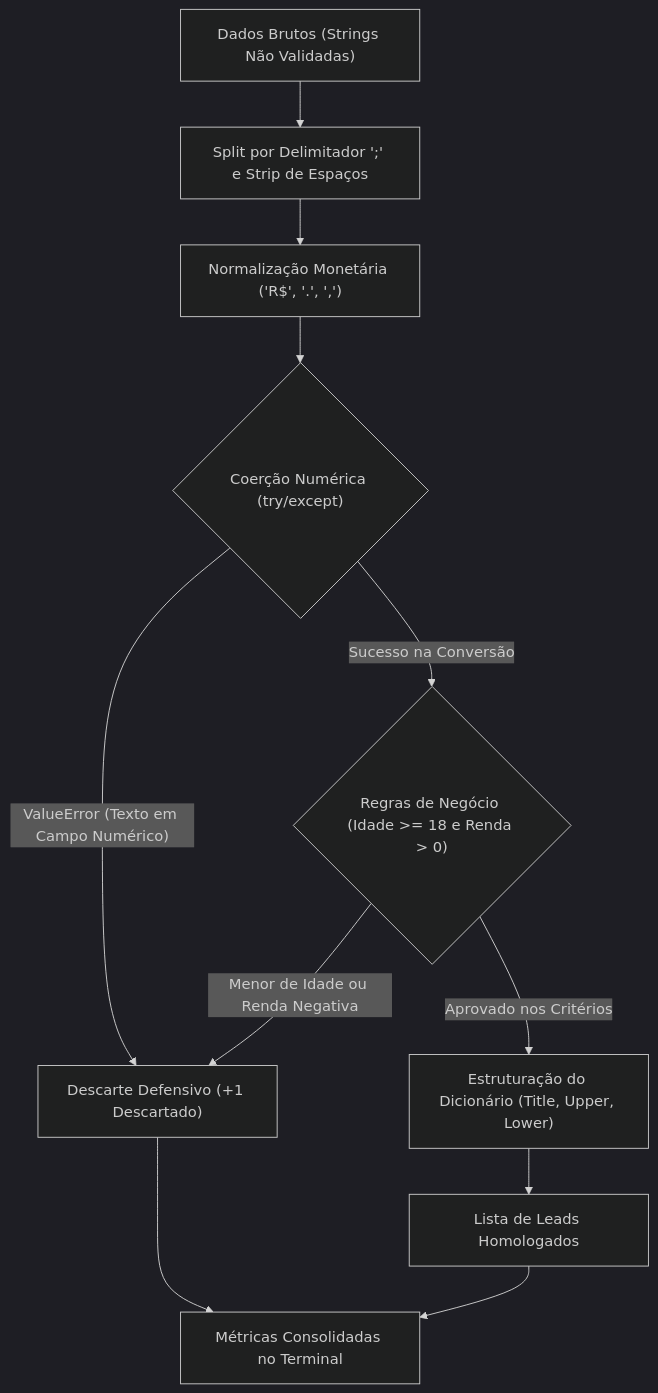
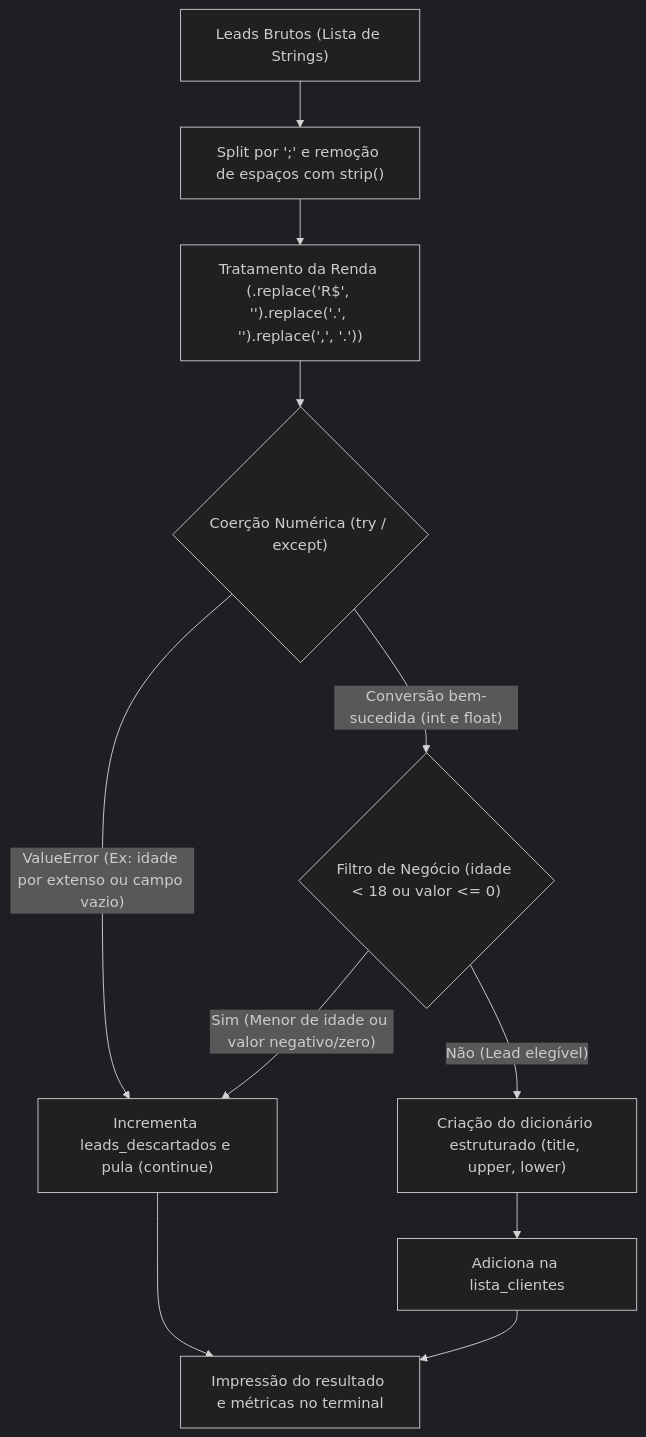
Before and after one commit to ryanaurelio2005/python-pure-data-challenges: the diagram in README.md, drawn with Mermaid (dark theme). The commit also changed other lines of this file and 5 other files, not shown here.

````diff
--- a/README.md
+++ b/README.md
@@ -27,13 +29,13 @@
 ```mermaid
 flowchart TD
-    A["Dados Brutos (Strings Não Validadas)"] --> B["Split por Delimitador ';' e Strip de Espaços"]
-    B --> C["Normalização Monetária ('R$', '.', ',')"]
-    C --> D{"Coerção Numérica (try/except)"}
-    D -- "ValueError (Texto em Campo Numérico)" --> E["Descarte Defensivo (+1 Descartado)"]
-    D -- "Sucesso na Conversão" --> F{"Regras de Negócio (Idade >= 18 e Renda > 0)"}
-    F -- "Menor de Idade ou Renda Negativa" --> E
-    F -- "Aprovado nos Critérios" --> G["Estruturação do Dicionário (Title, Upper, Lower)"]
-    G --> H["Lista de Leads Homologados"]
-    E --> I["Métricas Consolidadas no Terminal"]
+    A["Leads Brutos (Lista de Strings)"] --> B["Split por ';' e remoção de espaços com strip()"]
+    B --> C["Tratamento da Renda (.replace('R$', '').replace('.', '').replace(',', '.'))"]
+    C --> D{"Coerção Numérica (try / except)"}
+    D -- "ValueError (Ex: idade por extenso ou campo vazio)" --> E["Incrementa leads_descartados e pula (continue)"]
+    D -- "Conversão bem-sucedida (int e float)" --> F{"Filtro de Negócio (idade < 18 ou valor <= 0)"}
+    F -- "Sim (Menor de idade ou valor negativo/zero)" --> E
+    F -- "Não (Lead elegível)" --> G["Criação do dicionário estruturado (title, upper, lower)"]
+    G --> H["Adiciona na lista_clientes"]
+    E --> I["Impressão do resultado e métricas no terminal"]
     H --> I
 ```
````
